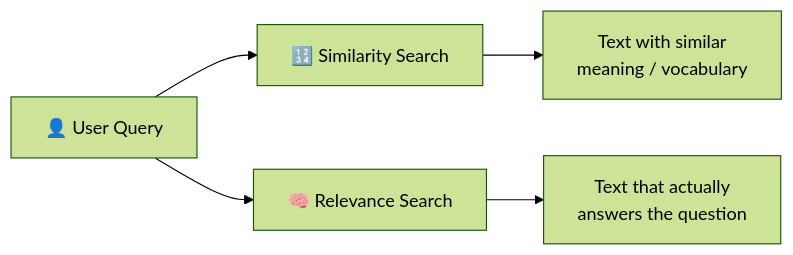
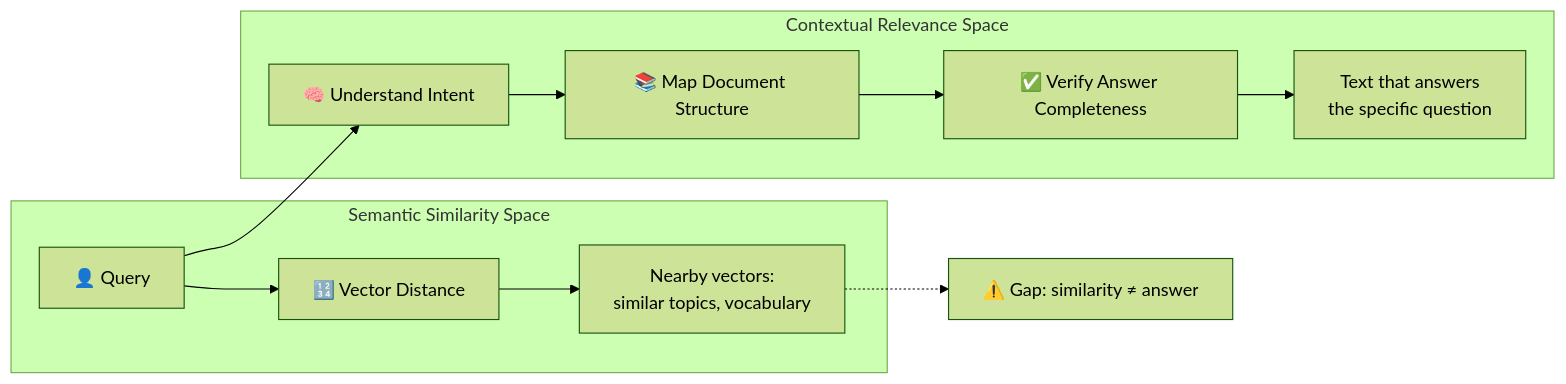
The fifth of 12 diagrams in Lecture 18 - Vectorless RAG and LLM Wiki/notes/01_limitations_vector_rag_chunking.md (Amie-dev/FDE-and-GenAI-Mastery), drawn with Mermaid (forest theme) before and after one commit. The commit also changed other lines of this file and 7 other files, not shown here.

First line of the commit message:
Enhance documentation on Vectorless RAG and LLM Wiki architectures

````diff
--- a/Lecture 18 - Vectorless RAG and LLM Wiki/notes/01_limitations_vector_rag_chunking.md
+++ b/Lecture 18 - Vectorless RAG and LLM Wiki/notes/01_limitations_vector_rag_chunking.md
@@ -299,11 +334,16 @@
 ```mermaid
 flowchart LR
+    subgraph "Semantic Similarity Space"
+        Q["👤 Query"] --> SIM["🔢 Vector Distance"]
+        SIM --> CLUSTER["Nearby vectors:<br/>similar topics, vocabulary"]
+    end
 
-    Q["👤 User Query"]
+    subgraph "Contextual Relevance Space"
+        Q --> INTENT["🧠 Understand Intent"]
+        INTENT --> STRUCT["📚 Map Document Structure"]
+        STRUCT --> VERIFY["✅ Verify Answer Completeness"]
+        VERIFY --> RELEVANT["Text that answers<br/>the specific question"]
+    end
 
-    Q --> SIM["🔢 Similarity Search"]
-    SIM --> S["Text with similar<br/>meaning / vocabulary"]
-
-    Q --> REL["🧠 Relevance Search"]
-    REL --> R["Text that actually<br/>answers the question"]
+    CLUSTER -.-> GAP["⚠️ Gap: similarity ≠ answer"]
 ```
````
